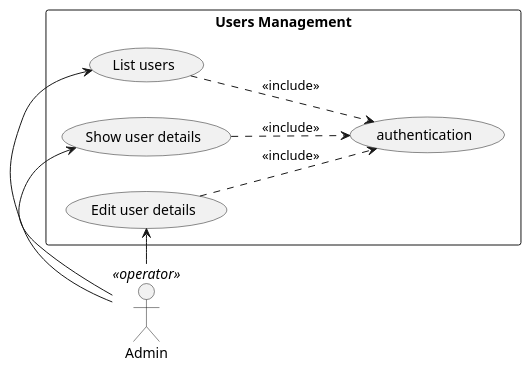
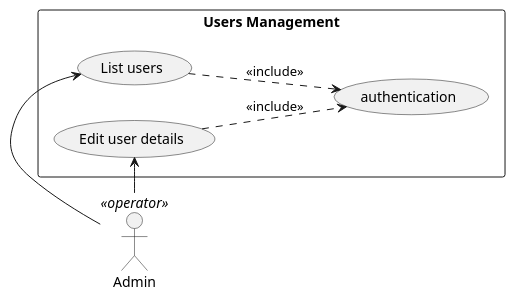
One commit to Xwyk/todoco changed the diagram in diagrams/UseCases/UseCase_UserManagement.puml. Above: the diagram before and after it, drawn with PlantUML. The commit also changed 8 other files, not shown here.

```diff
--- a/diagrams/UseCases/UseCase_UserManagement.puml
+++ b/diagrams/UseCases/UseCase_UserManagement.puml
@@ -1,22 +1,19 @@
 @startuml
 
 left to right direction
 
 Admin    <<operator>> as admin
 
 rectangle "Users Management" {
   (List users) as listUsers
-  (Show user details) as showUser
   (Edit user details) as editUser
   (authentication) as auth
 }
 
 admin -> listUsers
-admin -> showUser
 admin -> editUser
 
-showUser ..> auth : <<include>>
 listUsers ..> auth : <<include>>
 editUser ..> auth : <<include>>
 
 @enduml
```
